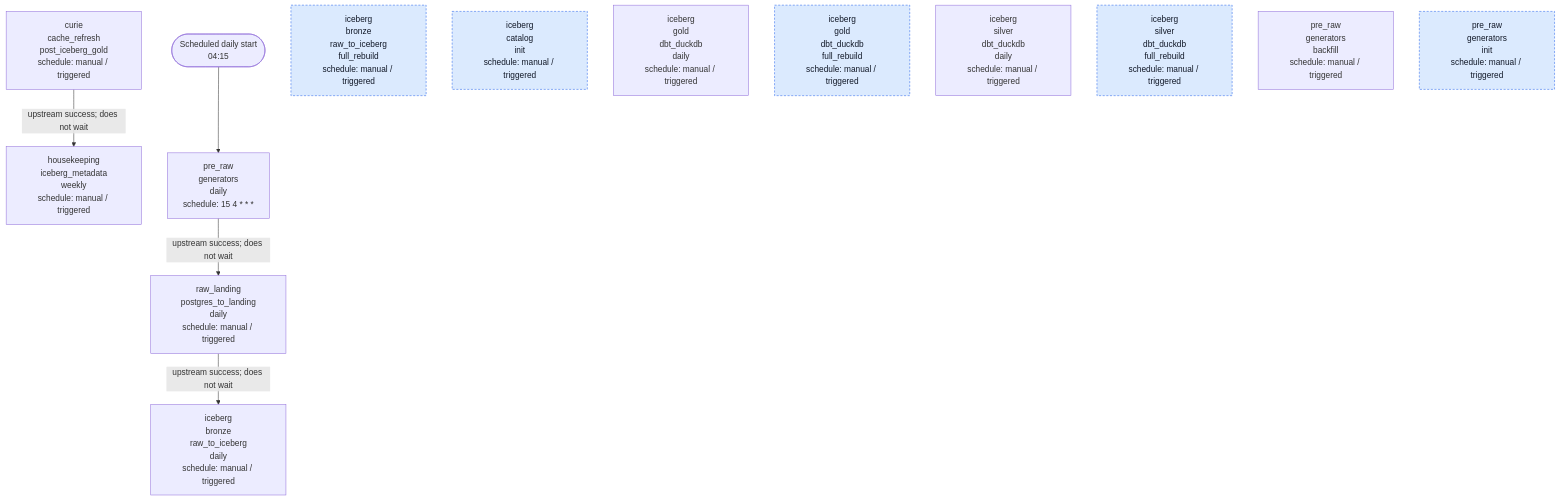
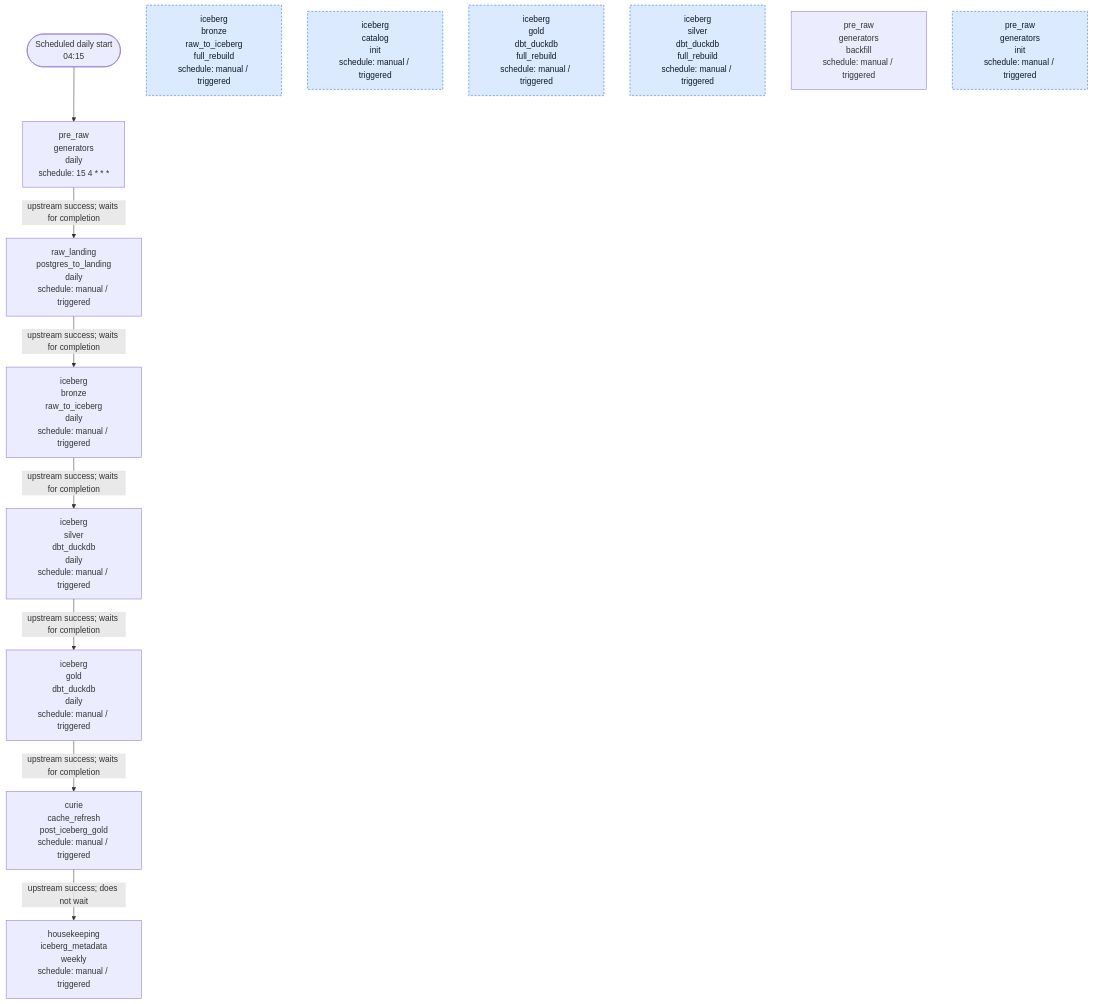
One commit to AntonMiniazev/ampere_project changed the diagram in docs/dataflow/diagrams/airflow_dags.mmd. Above: the diagram before and after it, drawn with Mermaid. The commit also changed 10 other files, not shown here.

```diff
--- a/docs/dataflow/diagrams/airflow_dags.mmd
+++ b/docs/dataflow/diagrams/airflow_dags.mmd
@@ -1,27 +1,30 @@
 flowchart TD
     START(["Scheduled daily start<br/>04:15"])
     D_AMPERE__CURIE__CACHE_REFRESH__POST_ICEBERG_GOLD["curie<br/>cache_refresh<br/>post_iceberg_gold<br/>schedule: manual / triggered"]
     D_AMPERE__HOUSEKEEPING__ICEBERG_METADATA__WEEKLY["housekeeping<br/>iceberg_metadata<br/>weekly<br/>schedule: manual / triggered"]
     D_AMPERE__ICEBERG__BRONZE__RAW_TO_ICEBERG__DAILY["iceberg<br/>bronze<br/>raw_to_iceberg<br/>daily<br/>schedule: manual / triggered"]
     D_AMPERE__ICEBERG__BRONZE__RAW_TO_ICEBERG__FULL_REBUILD["iceberg<br/>bronze<br/>raw_to_iceberg<br/>full_rebuild<br/>schedule: manual / triggered"]
     D_AMPERE__ICEBERG__CATALOG__INIT["iceberg<br/>catalog<br/>init<br/>schedule: manual / triggered"]
     D_AMPERE__ICEBERG__GOLD__DBT_DUCKDB__DAILY["iceberg<br/>gold<br/>dbt_duckdb<br/>daily<br/>schedule: manual / triggered"]
     D_AMPERE__ICEBERG__GOLD__DBT_DUCKDB__FULL_REBUILD["iceberg<br/>gold<br/>dbt_duckdb<br/>full_rebuild<br/>schedule: manual / triggered"]
     D_AMPERE__ICEBERG__SILVER__DBT_DUCKDB__DAILY["iceberg<br/>silver<br/>dbt_duckdb<br/>daily<br/>schedule: manual / triggered"]
     D_AMPERE__ICEBERG__SILVER__DBT_DUCKDB__FULL_REBUILD["iceberg<br/>silver<br/>dbt_duckdb<br/>full_rebuild<br/>schedule: manual / triggered"]
     D_AMPERE__PRE_RAW__GENERATORS__BACKFILL["pre_raw<br/>generators<br/>backfill<br/>schedule: manual / triggered"]
     D_AMPERE__PRE_RAW__GENERATORS__DAILY["pre_raw<br/>generators<br/>daily<br/>schedule: 15 4 * * *"]
     D_AMPERE__PRE_RAW__GENERATORS__INIT["pre_raw<br/>generators<br/>init<br/>schedule: manual / triggered"]
     D_AMPERE__RAW_LANDING__POSTGRES_TO_LANDING__DAILY["raw_landing<br/>postgres_to_landing<br/>daily<br/>schedule: manual / triggered"]
 
     START --> D_AMPERE__PRE_RAW__GENERATORS__DAILY
     D_AMPERE__CURIE__CACHE_REFRESH__POST_ICEBERG_GOLD -->|"upstream success; does not wait"| D_AMPERE__HOUSEKEEPING__ICEBERG_METADATA__WEEKLY
-    D_AMPERE__PRE_RAW__GENERATORS__DAILY -->|"upstream success; does not wait"| D_AMPERE__RAW_LANDING__POSTGRES_TO_LANDING__DAILY
-    D_AMPERE__RAW_LANDING__POSTGRES_TO_LANDING__DAILY -->|"upstream success; does not wait"| D_AMPERE__ICEBERG__BRONZE__RAW_TO_ICEBERG__DAILY
+    D_AMPERE__ICEBERG__BRONZE__RAW_TO_ICEBERG__DAILY -->|"upstream success; waits for completion"| D_AMPERE__ICEBERG__SILVER__DBT_DUCKDB__DAILY
+    D_AMPERE__ICEBERG__GOLD__DBT_DUCKDB__DAILY -->|"upstream success; waits for completion"| D_AMPERE__CURIE__CACHE_REFRESH__POST_ICEBERG_GOLD
+    D_AMPERE__ICEBERG__SILVER__DBT_DUCKDB__DAILY -->|"upstream success; waits for completion"| D_AMPERE__ICEBERG__GOLD__DBT_DUCKDB__DAILY
+    D_AMPERE__PRE_RAW__GENERATORS__DAILY -->|"upstream success; waits for completion"| D_AMPERE__RAW_LANDING__POSTGRES_TO_LANDING__DAILY
+    D_AMPERE__RAW_LANDING__POSTGRES_TO_LANDING__DAILY -->|"upstream success; waits for completion"| D_AMPERE__ICEBERG__BRONZE__RAW_TO_ICEBERG__DAILY
 
     D_AMPERE__PRE_RAW__GENERATORS__INIT:::manual
     D_AMPERE__ICEBERG__CATALOG__INIT:::manual
     D_AMPERE__ICEBERG__BRONZE__RAW_TO_ICEBERG__FULL_REBUILD:::manual
     D_AMPERE__ICEBERG__SILVER__DBT_DUCKDB__FULL_REBUILD:::manual
     D_AMPERE__ICEBERG__GOLD__DBT_DUCKDB__FULL_REBUILD:::manual
     classDef manual fill:#dbeafe,stroke:#2563eb,color:#111827,stroke-dasharray: 4 3
```
